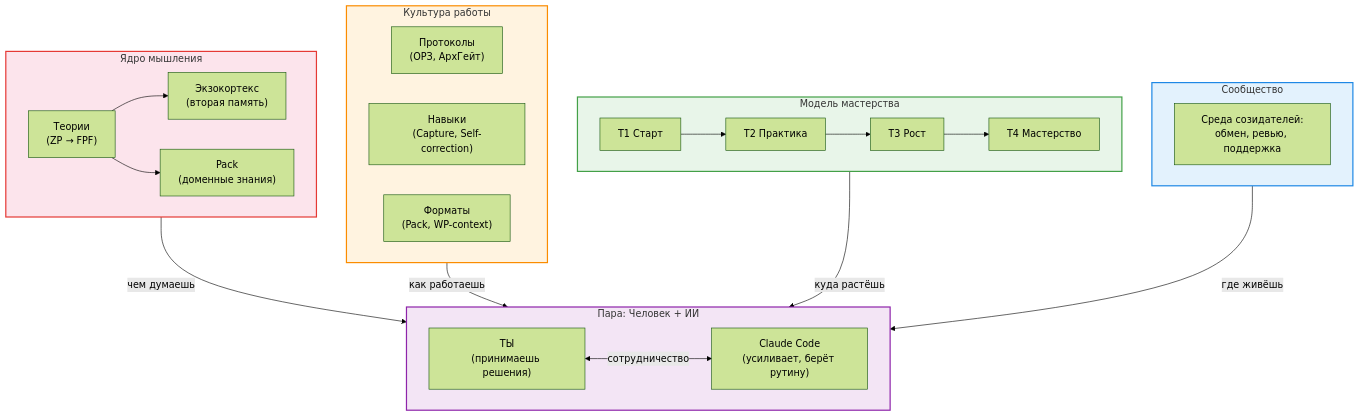
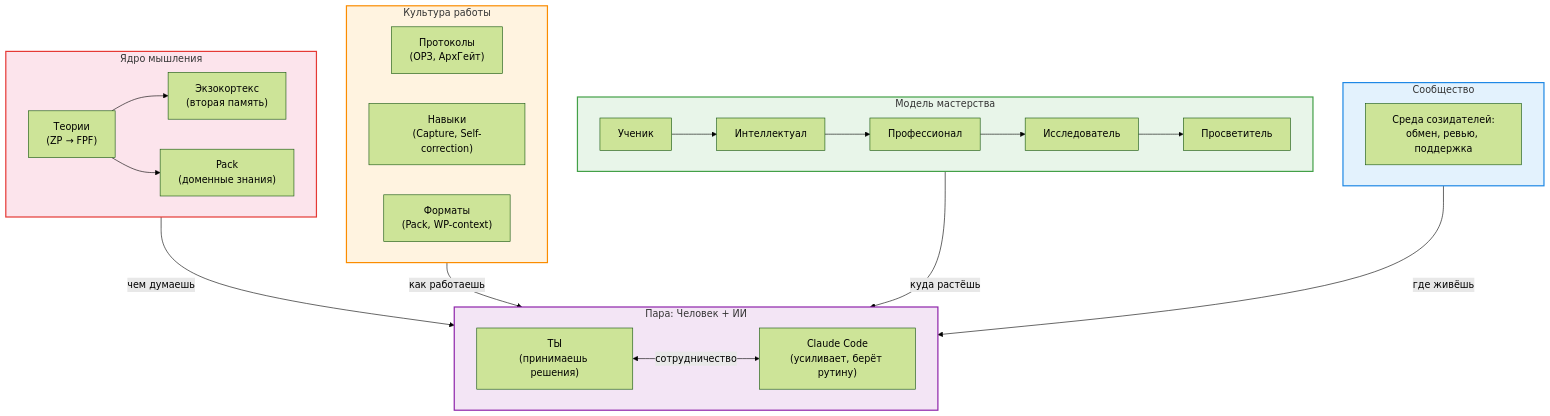
The second of 3 diagrams in docs/onboarding/onboarding-guide.md (akatovav-hue/FMT-exocortex-template), drawn with Mermaid (forest theme) before and after one commit. The commit also changed other lines of this file and 475 other files, not shown here.

````diff
--- a/docs/onboarding/onboarding-guide.md
+++ b/docs/onboarding/onboarding-guide.md
@@ -224,44 +222,44 @@
 ```mermaid
 graph TB
     subgraph core["Ядро мышления"]
         direction LR
         ZP["Теории\n(ZP → FPF)"]
         EXO["Экзокортекс\n(вторая память)"]
         PACK["Pack\n(доменные знания)"]
         ZP --> EXO
         ZP --> PACK
     end
 
     subgraph culture["Культура работы"]
         direction LR
         PROTOCOLS["Протоколы\n(ОРЗ, АрхГейт)"]
         SKILLS["Навыки\n(Capture, Self-correction)"]
         FORMATS["Форматы\n(Pack, WP-context)"]
     end
 
     subgraph mastery["Модель мастерства"]
-        T1["T1 Старт"] --> T2["T2 Практика"] --> T3["T3 Рост"] --> T4["T4 Мастерство"]
+        M1["Ученик"] --> M2["Интеллектуал"] --> M3["Профессионал"] --> M4["Исследователь"] --> M5["Просветитель"]
     end
 
     subgraph community["Сообщество"]
         COMM["Среда созидателей:\nобмен, ревью, поддержка"]
     end
 
     subgraph pair["Пара: Человек + ИИ"]
         direction LR
         USER["ТЫ\n(принимаешь решения)"]
         AI["Claude Code\n(усиливает, берёт рутину)"]
         USER <-->|"сотрудничество"| AI
     end
 
     core -->|"чем думаешь"| pair
     culture -->|"как работаешь"| pair
     mastery -->|"куда растёшь"| pair
     community -->|"где живёшь"| pair
 
     style core fill:#fce4ec,stroke:#e53935,stroke-width:2px
     style culture fill:#fff3e0,stroke:#fb8c00,stroke-width:2px
     style mastery fill:#e8f5e9,stroke:#43a047,stroke-width:2px
     style community fill:#e3f2fd,stroke:#1e88e5,stroke-width:2px
     style pair fill:#f3e5f5,stroke:#8e24aa,stroke-width:2px
 ```
````
